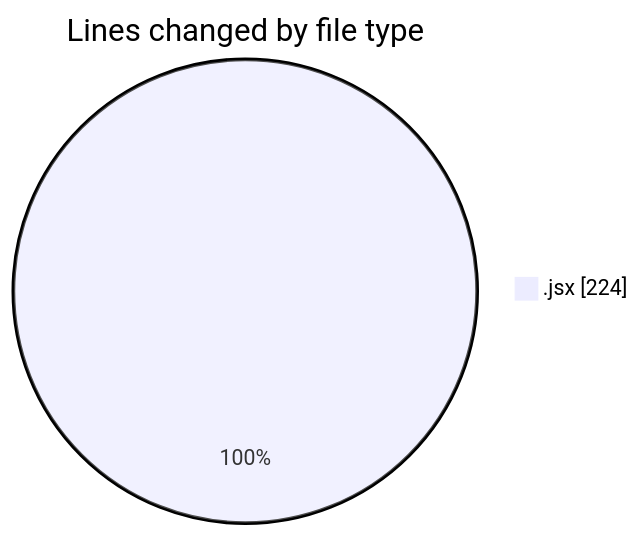
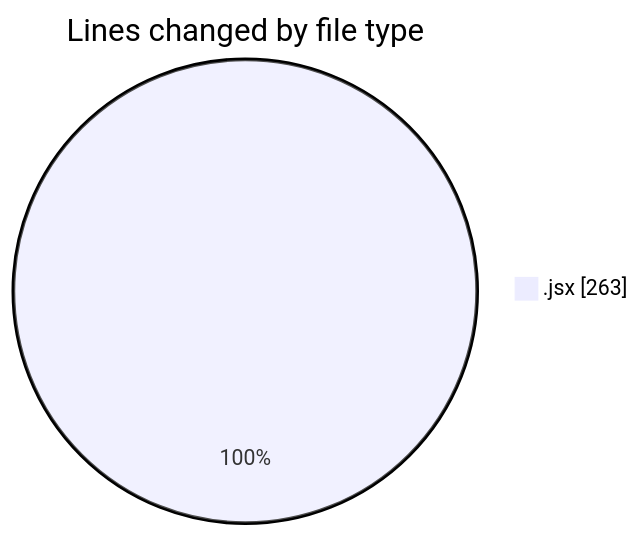
The first of 2 diagrams in 2025-06-05/nxtqube_webapp/README.md (nxtqubesakshisongat/code-tracking), drawn with Mermaid before and after one commit. The commit also changed other lines of this file and 1 other file, not shown here.

````diff
--- a/2025-06-05/nxtqube_webapp/README.md
+++ b/2025-06-05/nxtqube_webapp/README.md
@@ -21,5 +21,5 @@
 ```mermaid
 pie showData
 title Lines changed by file type
-".jsx" : 224
+".jsx" : 263
 ```
````
